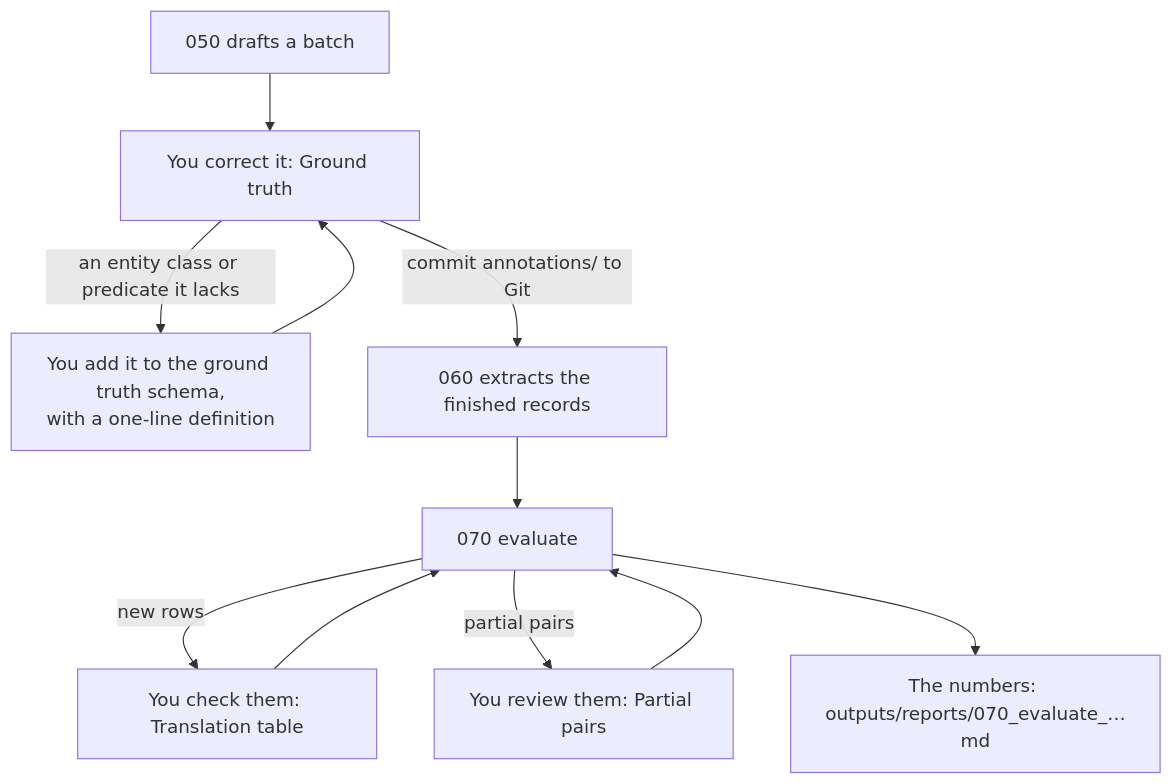
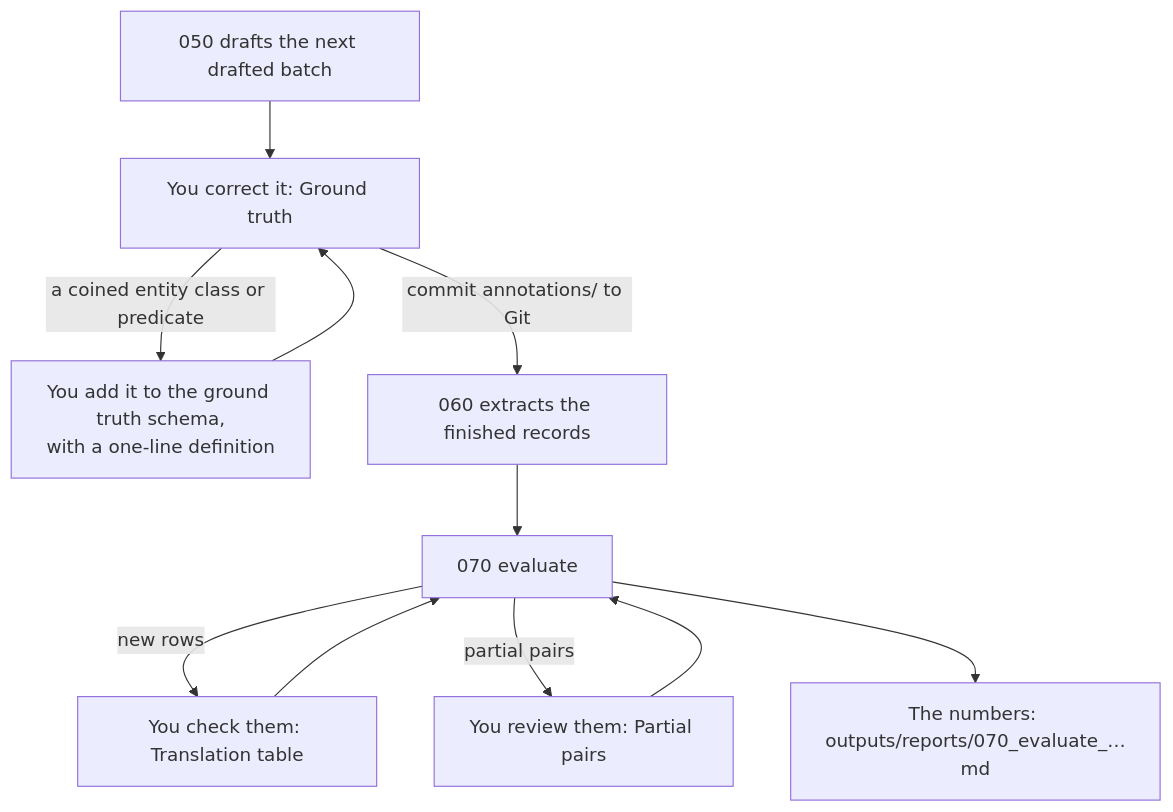
The third of 5 diagrams in docs/pipeline_in_pictures.md (iulia-iordanescu/datanasagov_KG_proj), drawn with Mermaid before and after one commit. The commit also changed other lines of this file and 42 other files, not shown here.

````diff
--- a/docs/pipeline_in_pictures.md
+++ b/docs/pipeline_in_pictures.md
@@ -70,13 +70,13 @@
 ```mermaid
 flowchart TD
-    D["050 drafts a batch"] --> C["You correct it: Ground truth"]
-    C -->|"an entity class or predicate it lacks"| GS["You add it to the ground truth schema,<br/>with a one-line definition"]
+    D["050 drafts the next drafted batch"] --> C["You correct it: Ground truth"]
+    C -->|"a coined entity class or predicate"| GS["You add it to the ground truth schema,<br/>with a one-line definition"]
     GS --> C
     C -->|"commit annotations/ to Git"| E["060 extracts the finished records"]
     E --> V["070 evaluate"]
     V -->|"new rows"| T["You check them: Translation table"]
     T --> V
     V -->|"partial pairs"| R["You review them: Partial pairs"]
     R --> V
     V --> N["The numbers: outputs/reports/070_evaluate_…md"]
 ```
````
